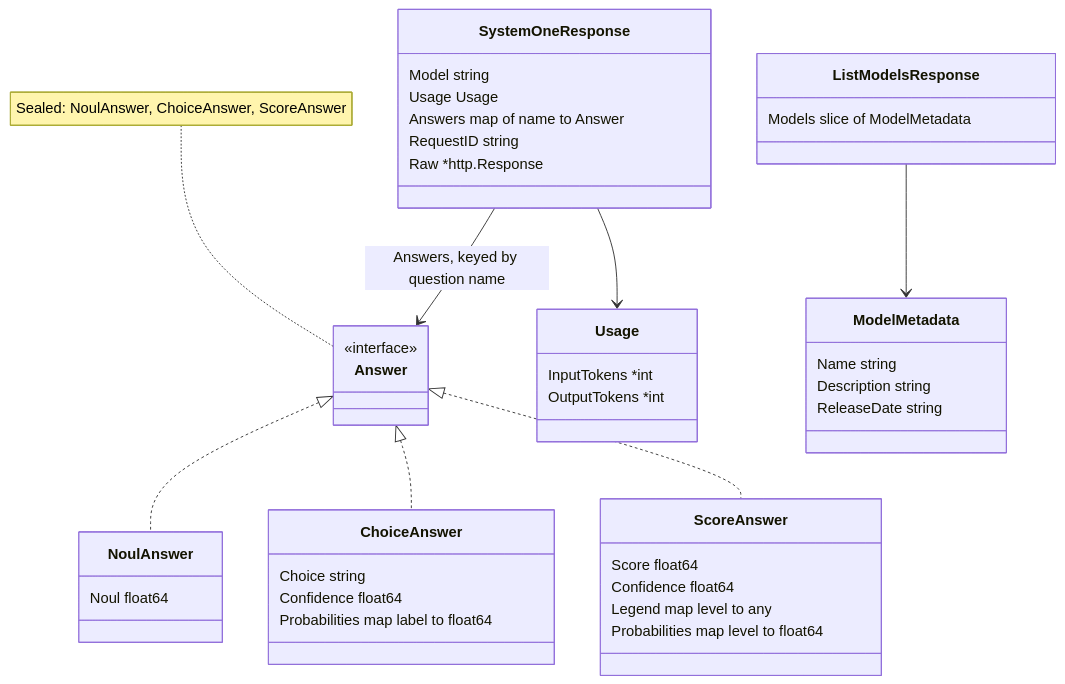
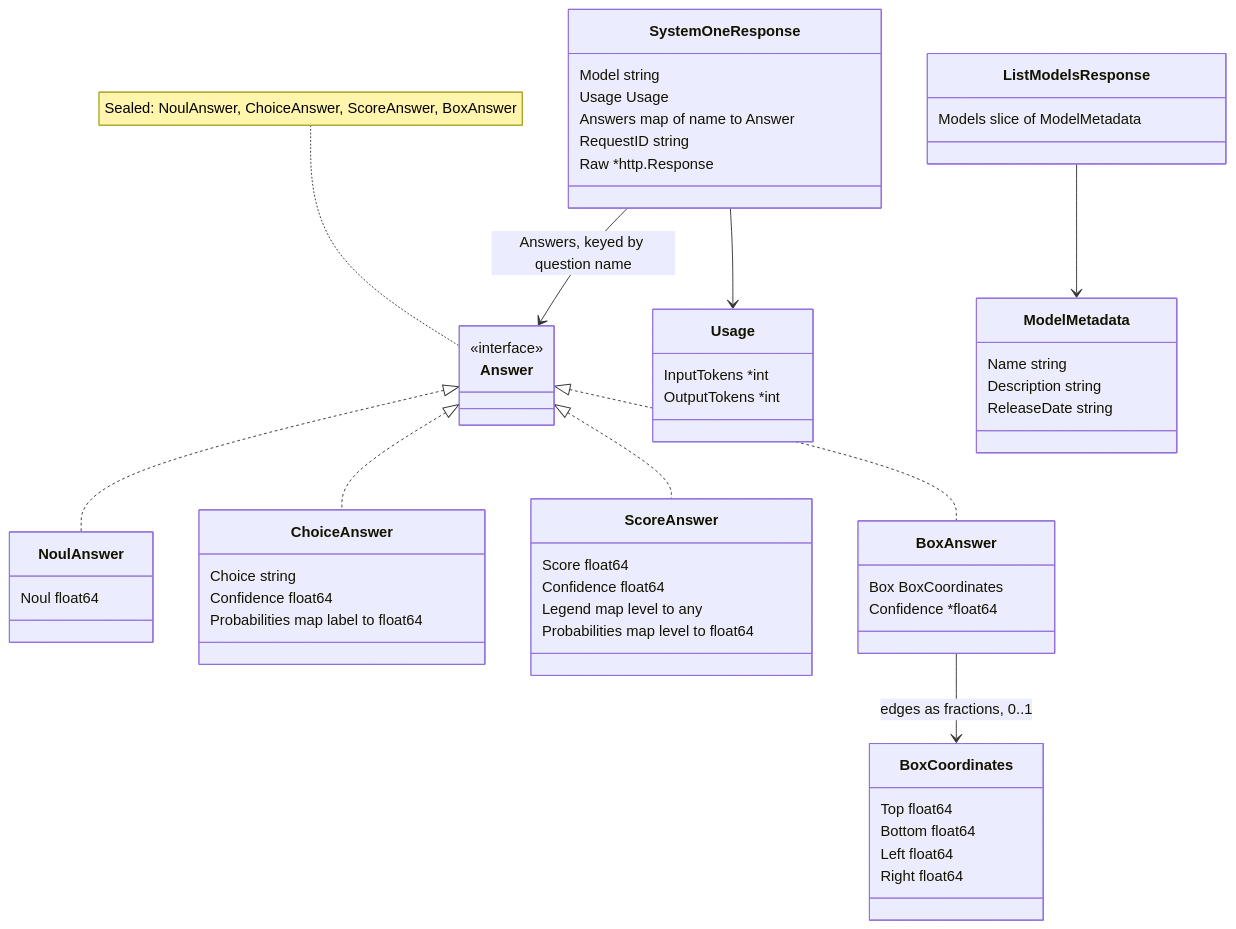
One commit to captain-corgi/typesafe-sdk-go changed the first of 2 diagrams in docs/responses.md. Above: the diagram before and after it, drawn with Mermaid. The commit also changed other lines of this file and 41 other files, not shown here.

````diff
--- a/docs/responses.md
+++ b/docs/responses.md
@@ -9,46 +9,58 @@
 ```mermaid
 classDiagram
     class SystemOneResponse {
         Model string
         Usage Usage
         Answers map of name to Answer
         RequestID string
         Raw *http.Response
     }
     class Answer {
         <<interface>>
     }
     class NoulAnswer {
         Noul float64
     }
     class ChoiceAnswer {
         Choice string
         Confidence float64
         Probabilities map label to float64
     }
     class ScoreAnswer {
         Score float64
         Confidence float64
         Legend map level to any
         Probabilities map level to float64
     }
+    class BoxAnswer {
+        Box BoxCoordinates
+        Confidence *float64
+    }
+    class BoxCoordinates {
+        Top float64
+        Bottom float64
+        Left float64
+        Right float64
+    }
     class Usage {
         InputTokens *int
         OutputTokens *int
     }
     class ListModelsResponse {
         Models slice of ModelMetadata
     }
     class ModelMetadata {
         Name string
         Description string
         ReleaseDate string
     }
-    note for Answer "Sealed: NoulAnswer, ChoiceAnswer, ScoreAnswer"
+    note for Answer "Sealed: NoulAnswer, ChoiceAnswer, ScoreAnswer, BoxAnswer"
     Answer <|.. NoulAnswer
     Answer <|.. ChoiceAnswer
     Answer <|.. ScoreAnswer
+    Answer <|.. BoxAnswer
+    BoxAnswer --> BoxCoordinates : edges as fractions, 0..1
     SystemOneResponse --> Usage
     SystemOneResponse --> Answer : Answers, keyed by question name
     ListModelsResponse --> ModelMetadata
 ```
````
